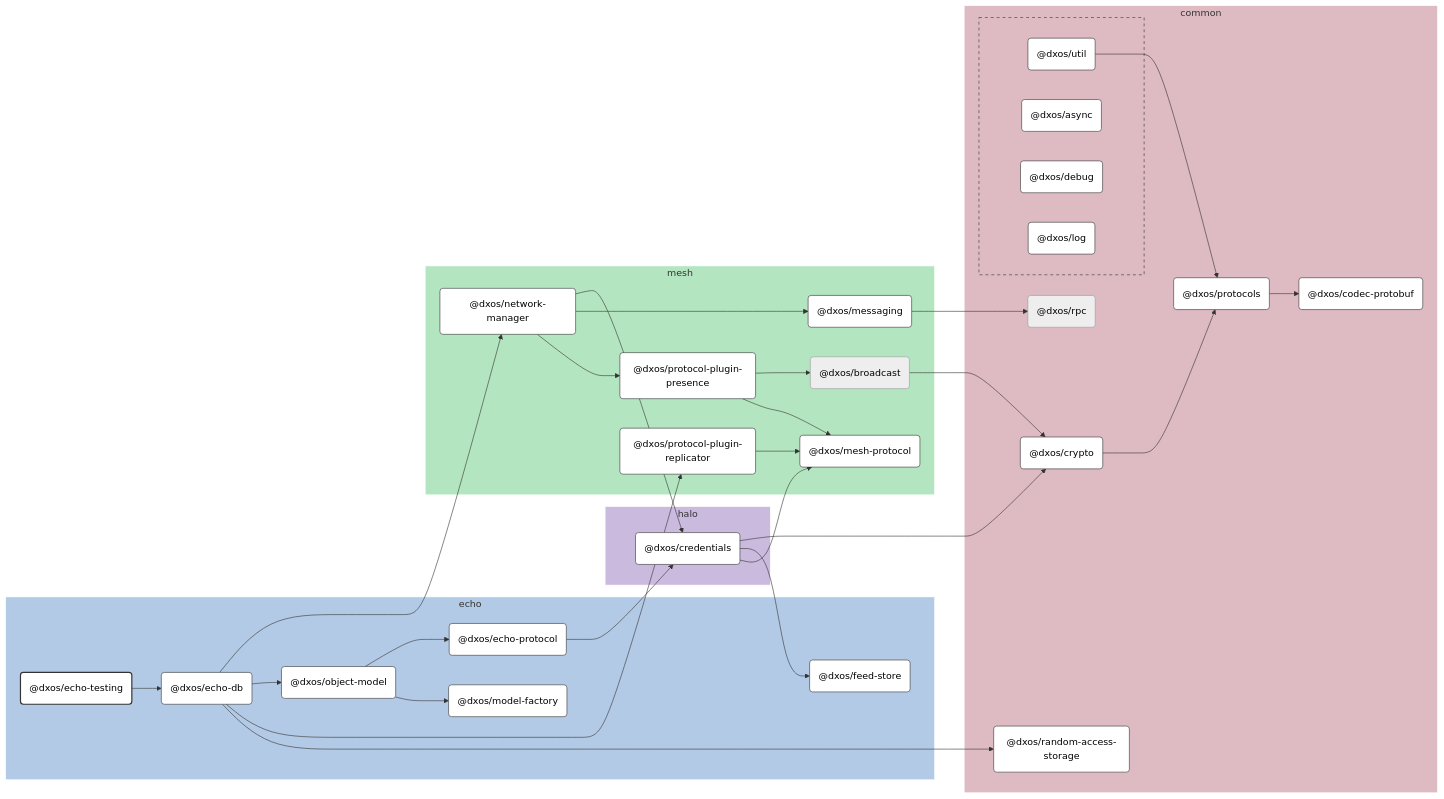
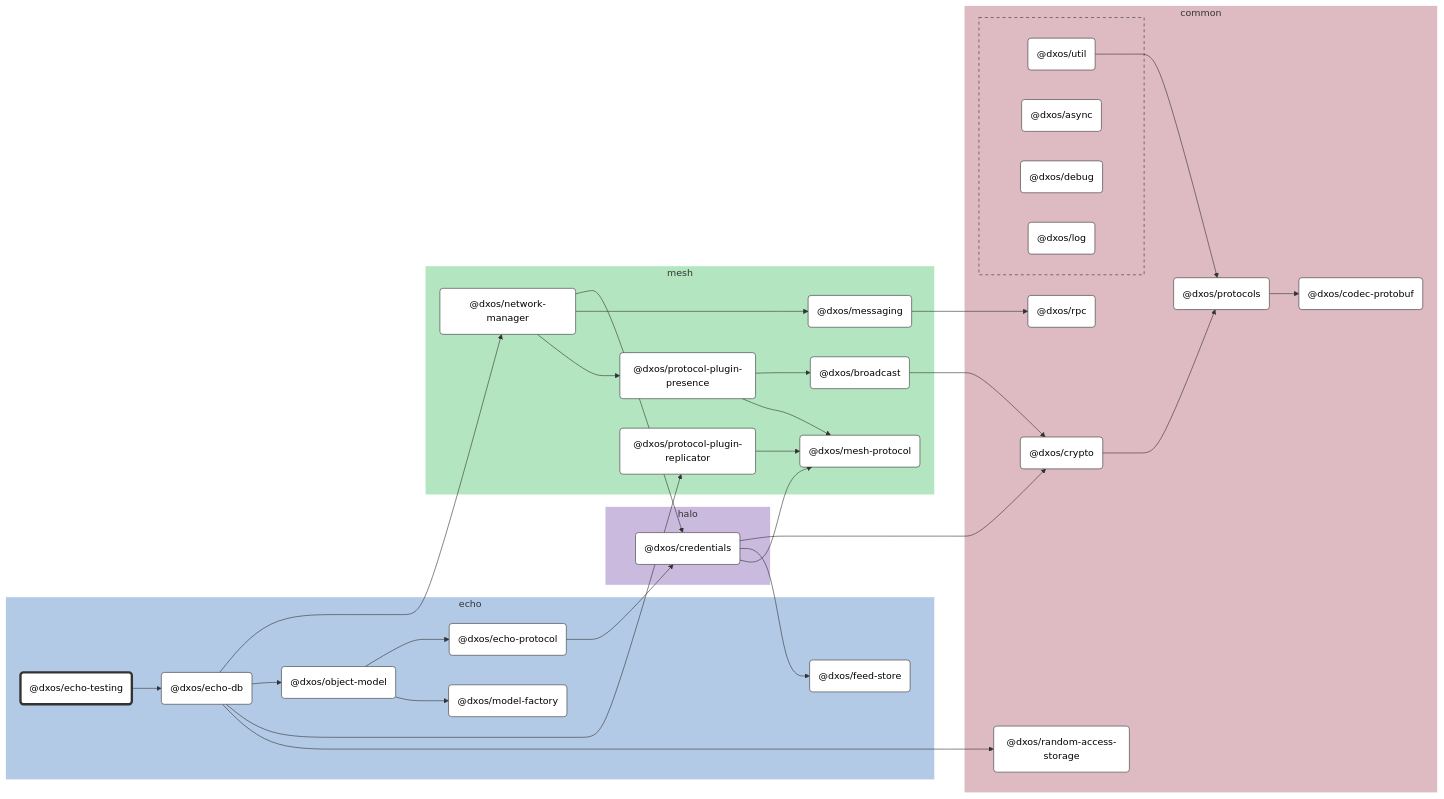
One commit to dxos/dxos changed the diagram in packages/echo/echo-testing/docs/README.md. Above: the diagram before and after it, drawn with Mermaid (neutral theme). The commit also changed other lines of this file and 86 other files, not shown here.

````diff
--- a/packages/echo/echo-testing/docs/README.md
+++ b/packages/echo/echo-testing/docs/README.md
@@ -84,6 +84,7 @@
 
 %% Hyperlinks
 click dxos/async "dxos/dxos/tree/main/packages/common/async/docs";
+click dxos/broadcast "dxos/dxos/tree/main/packages/mesh/broadcast/docs";
 click dxos/codec-protobuf "dxos/dxos/tree/main/packages/common/codec-protobuf/docs";
 click dxos/credentials "dxos/dxos/tree/main/packages/halo/credentials/docs";
 click dxos/crypto "dxos/dxos/tree/main/packages/common/crypto/docs";
@@ -101,16 +102,18 @@
 click dxos/protocol-plugin-replicator "dxos/dxos/tree/main/packages/mesh/protocol-plugin-replicator/docs";
 click dxos/protocols "dxos/dxos/tree/main/packages/common/protocols/docs";
 click dxos/random-access-storage "dxos/dxos/tree/main/packages/common/random-access-storage/docs";
+click dxos/rpc "dxos/dxos/tree/main/packages/common/rpc/docs";
 click dxos/util "dxos/dxos/tree/main/packages/common/util/docs";
 
 %% Styles
-classDef rootNode fill:#fff,stroke:#333,stroke-width:2px
+classDef rootNode fill:#fff,stroke:#333,stroke-width:4px
 classDef defaultNode fill:#fff,stroke:#333,stroke-width:1px
 linkStyle default stroke:#333,stroke-width:1px
 
 dxos/echo-testing:::rootNode
 
 dxos/async:::defaultNode
+dxos/broadcast:::defaultNode
 dxos/codec-protobuf:::defaultNode
 dxos/credentials:::defaultNode
 dxos/crypto:::defaultNode
@@ -128,5 +131,6 @@
 dxos/protocol-plugin-replicator:::defaultNode
 dxos/protocols:::defaultNode
 dxos/random-access-storage:::defaultNode
+dxos/rpc:::defaultNode
 dxos/util:::defaultNode
 ```
````
